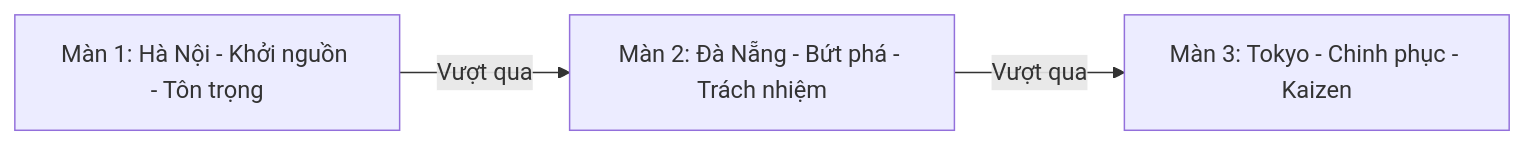
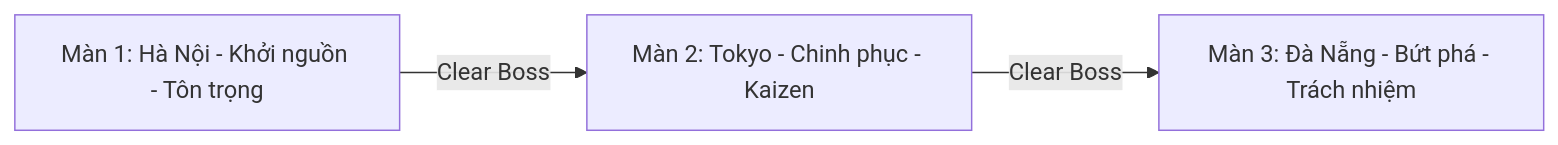
The second of 2 diagrams in docs/GDD/02_World_Design.md (tranvanhung2609/Kaizen), drawn with Mermaid before and after one commit. The commit also changed other lines of this file and 5 other files, not shown here.

````diff
--- a/docs/GDD/02_World_Design.md
+++ b/docs/GDD/02_World_Design.md
@@ -18,5 +48,5 @@
 ```mermaid
 graph LR
-    A["Màn 1: Hà Nội - Khởi nguồn - Tôn trọng"] -->|Vượt qua| B["Màn 2: Đà Nẵng - Bứt phá - Trách nhiệm"]
-    B -->|Vượt qua| C["Màn 3: Tokyo - Chinh phục - Kaizen"]
+    A["Màn 1: Hà Nội - Khởi nguồn - Tôn trọng"] -->|Clear Boss| B["Màn 2: Tokyo - Chinh phục - Kaizen"]
+    B -->|Clear Boss| C["Màn 3: Đà Nẵng - Bứt phá - Trách nhiệm"]
 ```
````
